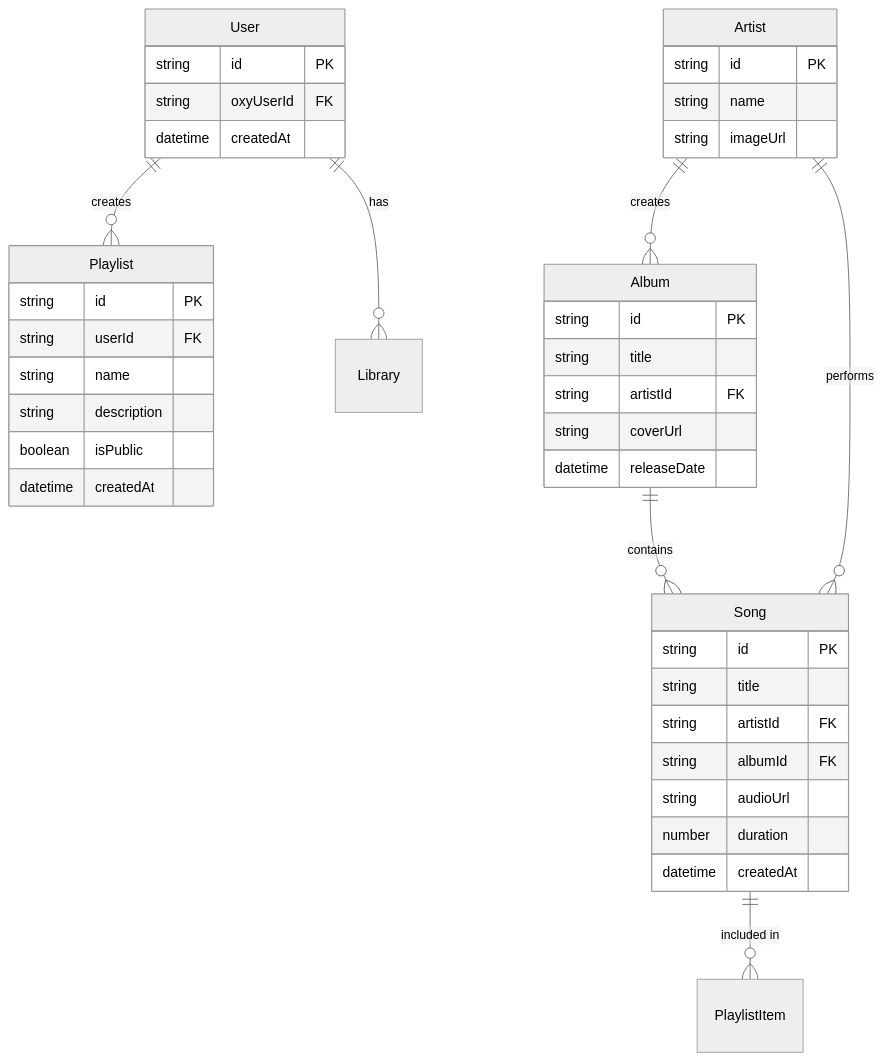
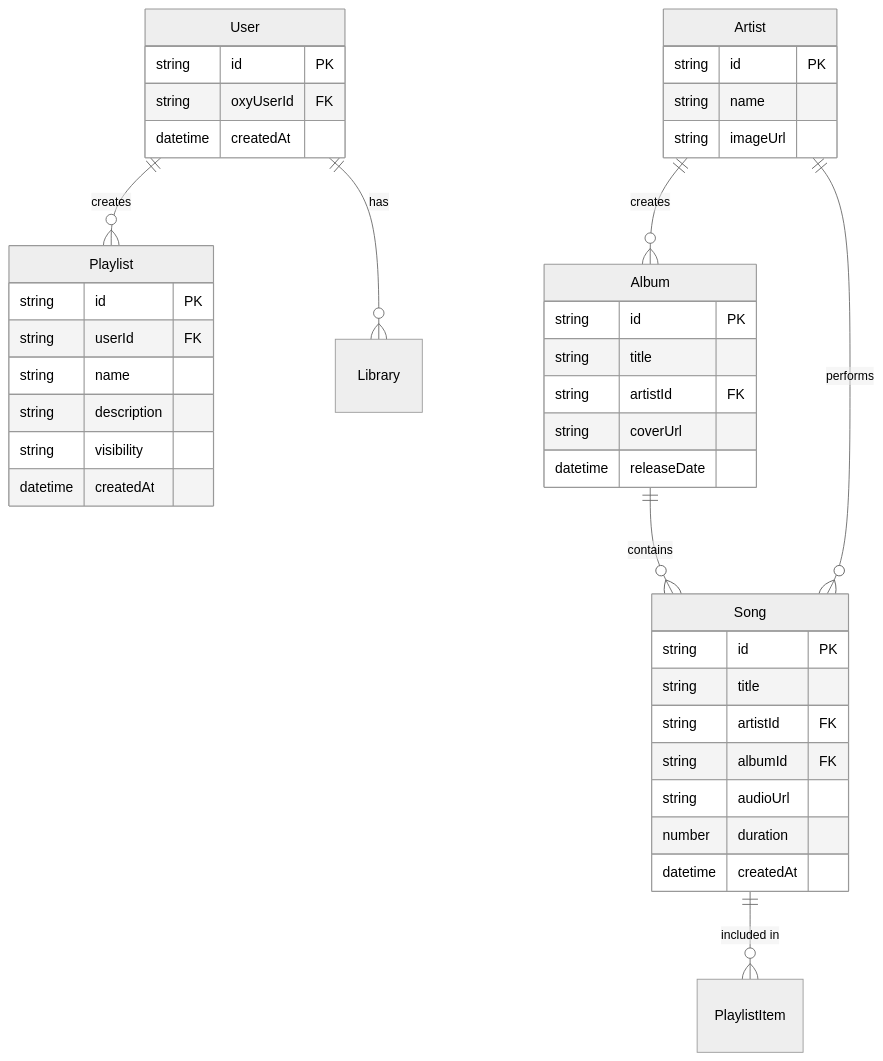
Before and after one commit to OxyHQ/Syra: the diagram in packages/backend/README.md, drawn with Mermaid (neutral theme). The commit also changed other lines of this file and 22 other files, not shown here.

First line of the commit message:
Remove isPublic field and consolidate playlist visibility (#26)

````diff
--- a/packages/backend/README.md
+++ b/packages/backend/README.md
@@ -196,48 +196,48 @@
 ```mermaid
 erDiagram
     User ||--o{ Playlist : creates
     User ||--o{ Library : has
     Song ||--o{ PlaylistItem : "included in"
     Album ||--o{ Song : contains
     Artist ||--o{ Album : creates
     Artist ||--o{ Song : performs
     
     User {
         string id PK
         string oxyUserId FK
         datetime createdAt
     }
     
     Song {
         string id PK
         string title
         string artistId FK
         string albumId FK
         string audioUrl
         number duration
         datetime createdAt
     }
     
     Album {
         string id PK
         string title
         string artistId FK
         string coverUrl
         datetime releaseDate
     }
     
     Artist {
         string id PK
         string name
         string imageUrl
     }
     
     Playlist {
         string id PK
         string userId FK
         string name
         string description
-        boolean isPublic
+        string visibility
         datetime createdAt
     }
 ```
````
